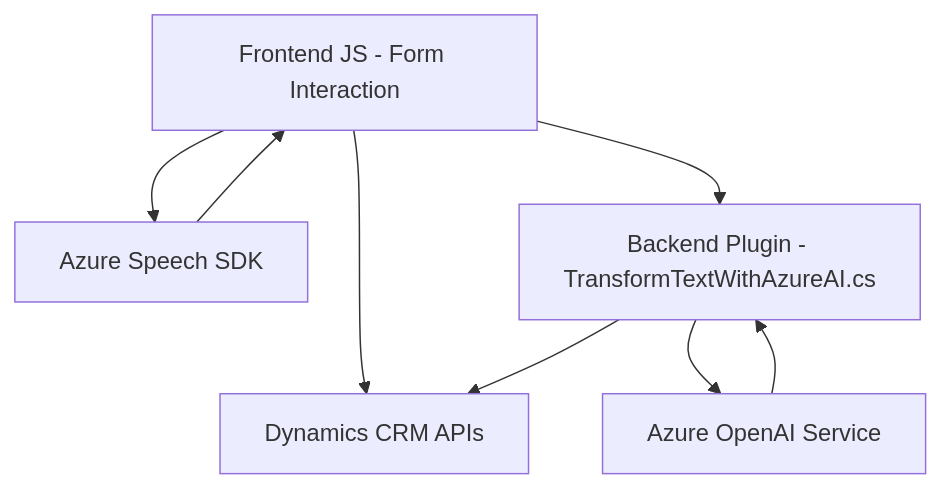
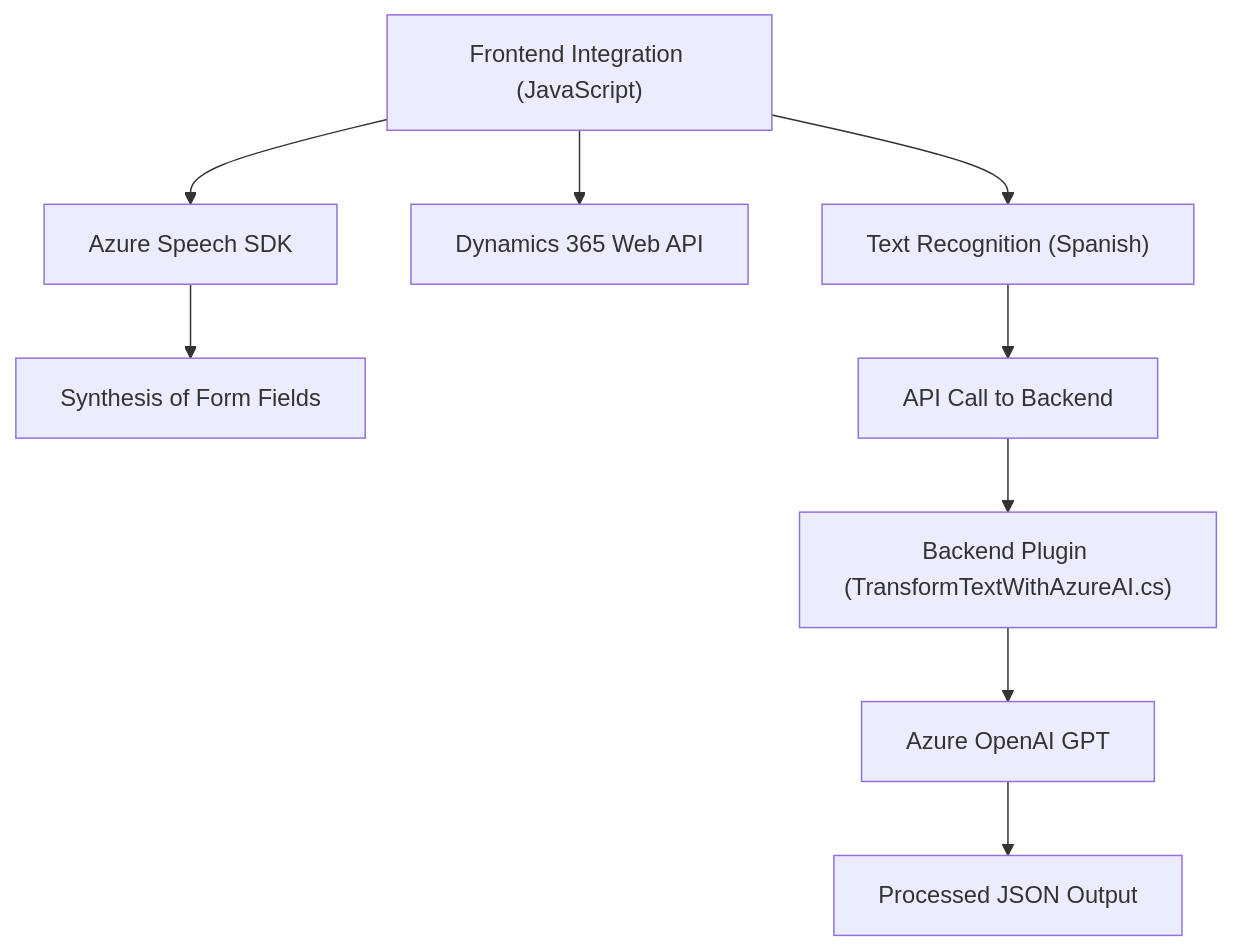
Before and after one commit to blopezdm/NETCORE_BILBAO2025: the diagram in README.md, drawn with Mermaid. The commit also changed other lines of this file, not shown here.

````diff
--- a/README.md
+++ b/README.md
@@ -50,16 +39,11 @@
 ```mermaid
 graph TD
-    A["Frontend JS - Form Interaction"]
-    B["Azure Speech SDK"]
-    C["Backend Plugin - TransformTextWithAzureAI.cs"]
-    D["Azure OpenAI Service"]
-    E["Dynamics CRM APIs"]
-
-    A --> B
-    A --> E
-    B --> A
-    A --> C
-    C --> D
-    C --> E
-    D --> C
+    A["Frontend Integration (JavaScript)"] --> B["Azure Speech SDK"]
+    A --> C["Dynamics 365 Web API"]
+    B --> D["Synthesis of Form Fields"]
+    A --> E["Text Recognition (Spanish)"]
+    E --> F["API Call to Backend"]
+    F --> G["Backend Plugin (TransformTextWithAzureAI.cs)"]
+    G --> H["Azure OpenAI GPT"]
+    H --> I["Processed JSON Output"]
 ```
````
